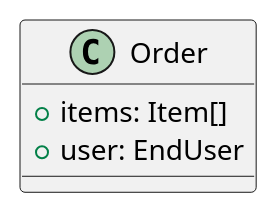
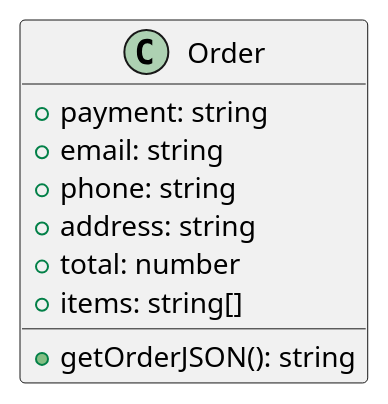
One commit to Student2506/weblarek changed the fifth of 8 diagrams in README.md. Above: the diagram before and after it, drawn with PlantUML. The commit also changed other lines of this file and 5 other files, not shown here.

````diff
--- a/README.md
+++ b/README.md
@@ -161,8 +161,14 @@
 ```plantuml  
 @startuml  
 class Order {  
-  +items: Item[]  
-  +user: EndUser  
+  +payment: string
+  +email: string
+  +phone: string
+  +address: string
+  +total: number
+  +items: string[]
+
+  +getOrderJSON(): string
 }  
 @enduml  
 ```  
````
